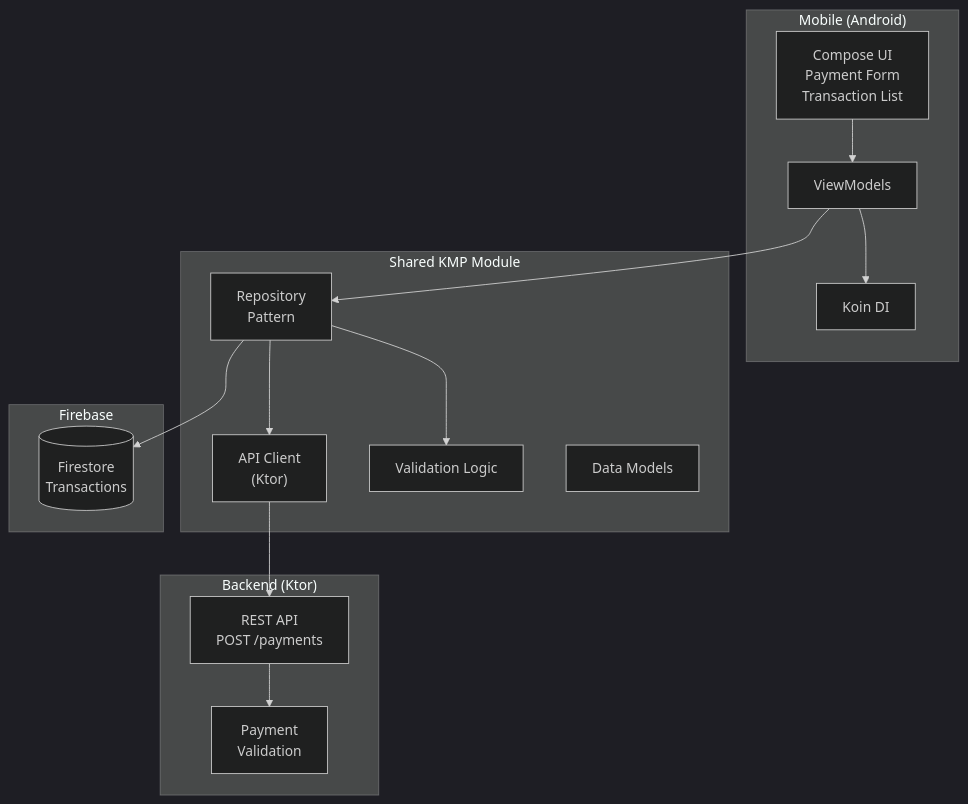
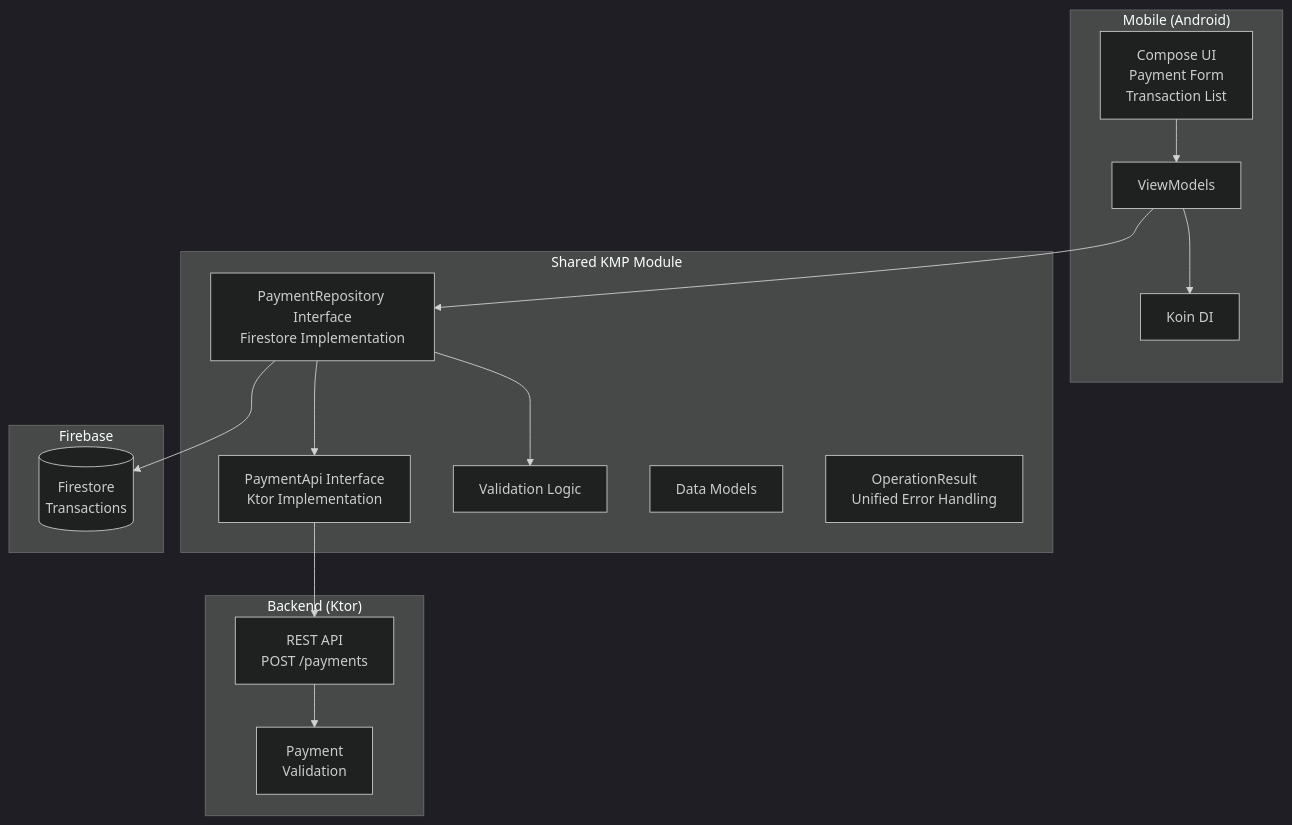
One commit to ibitton/payment-app changed the diagram in README.md. Above: the diagram before and after it, drawn with Mermaid (dark theme). The commit also changed other lines of this file and 2 other files, not shown here.

````diff
--- a/README.md
+++ b/README.md
@@ -15,32 +15,33 @@
 ```mermaid
 flowchart TB
     subgraph Mobile["Mobile (Android)"]
         UI["Compose UI<br/>Payment Form<br/>Transaction List"]
         VM["ViewModels"]
         DI["Koin DI"]
     end
     
     subgraph Shared["Shared KMP Module"]
-        API["API Client<br/>(Ktor)"]
+        API["PaymentApi Interface<br/>Ktor Implementation"]
         VAL["Validation Logic"]
-        REPO["Repository<br/>Pattern"]
+        REPO["PaymentRepository Interface<br/>Firestore Implementation"]
         MODELS["Data Models"]
+        RESULT["OperationResult<T><br/>Unified Error Handling"]
     end
     
     subgraph Backend["Backend (Ktor)"]
         REST["REST API<br/>POST /payments"]
         PROC["Payment<br/>Validation"]
     end
     
     subgraph Firebase["Firebase"]
         FS[("Firestore<br/>Transactions")]
     end
     
     UI --> VM --> REPO
     VM --> DI
     REPO --> API
     REPO --> VAL
     API --> REST
     REST --> PROC
     REPO --> FS
 ```
````
